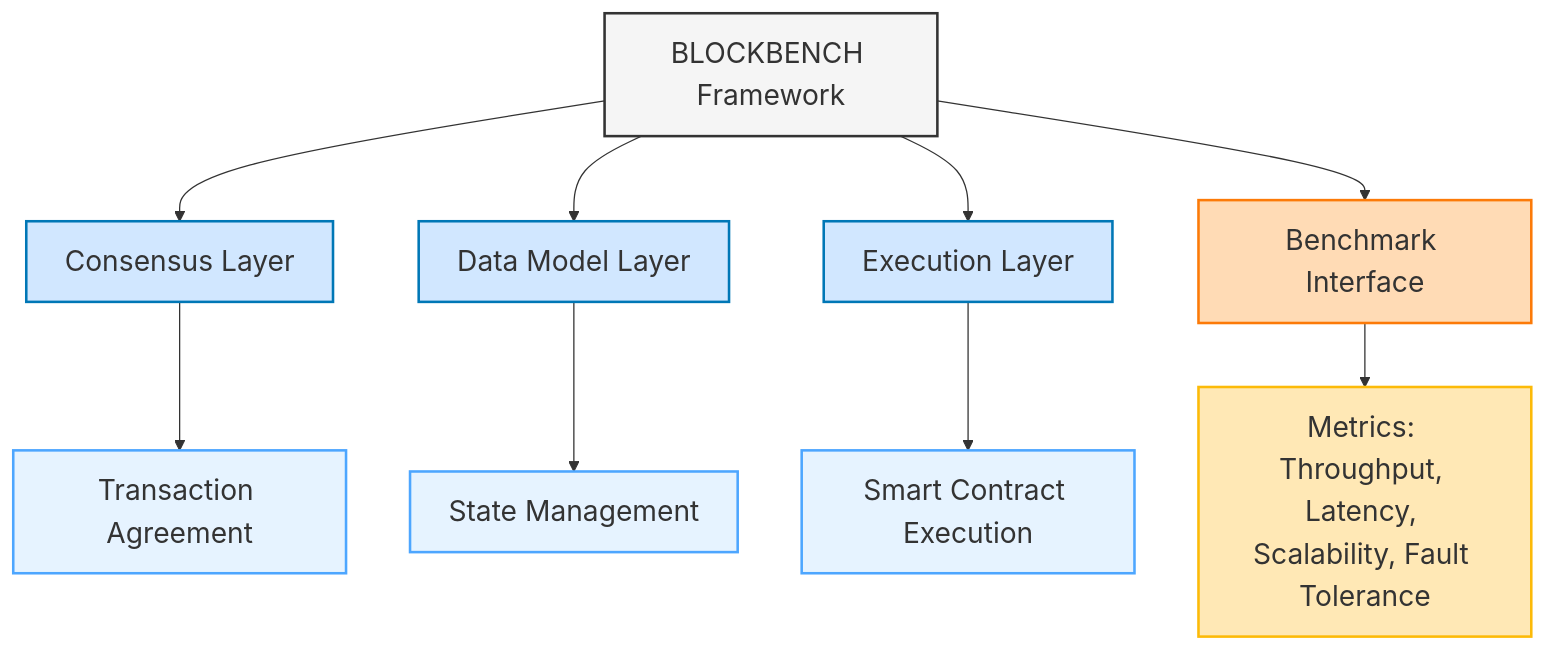
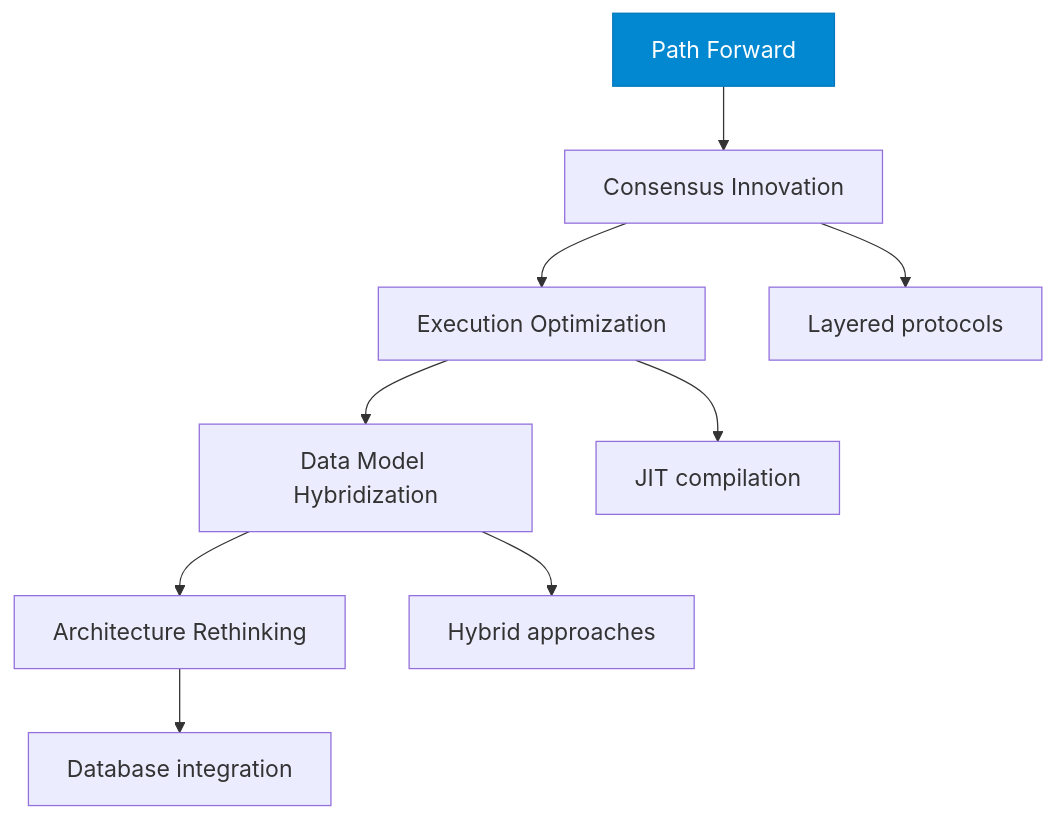
Before and after one commit to ces0491/blockbench-presentation: the fourth of 10 diagrams in blockbench-presentation.qmd, drawn with Mermaid. The commit also changed other lines of this file and 11 other files, not shown here.

````diff
--- a/blockbench-presentation.qmd
+++ b/blockbench-presentation.qmd
@@ -357,24 +458,13 @@
 ```{mermaid}
-%%{init: {'theme': 'default', 'themeVariables': { 'fontSize': '22px', 'primaryColor': '#7C0000', 'primaryBorderColor': '#7C0000', 'primaryTextColor': '#fff', 'secondaryColor': '#006100', 'secondaryBorderColor': '#006100', 'secondaryTextColor': '#fff' }}}%%
+%%{init: {'theme': 'default', 'themeVariables': {'fontSize': '18px'}}}%%
 graph TD
-    classDef mainNode fill:#f5f5f5,stroke:#333,stroke-width:2px;
-    classDef layerNode fill:#d1e7ff,stroke:#0077b6,stroke-width:2px;
-    classDef sublayerNode fill:#e6f3ff,stroke:#4da6ff,stroke-width:2px;
-    classDef interfaceNode fill:#ffdbb5,stroke:#fc7a08,stroke-width:2px;
-    classDef metricsNode fill:#ffe8b5,stroke:#fcba08,stroke-width:2px;
-    
-    A[BLOCKBENCH Framework] --> B[Consensus Layer]
-    A --> C[Data Model Layer]
-    A --> D[Execution Layer]
-    B --> B1[Transaction Agreement]
-    C --> C1[State Management]
-    D --> D1[Smart Contract Execution]
-    A --> E[Benchmark Interface]
-    E --> F[Metrics: Throughput, Latency, Scalability, Fault Tolerance]
-    
-    class A mainNode;
-    class B,C,D layerNode;
-    class B1,C1,D1 sublayerNode;
-    class E interfaceNode;
-    class F metricsNode;
+    A[Path Forward] --> B[Consensus Innovation]
+    B --> C[Execution Optimization]
+    C --> D[Data Model Hybridization]
+    D --> E[Architecture Rethinking]
+    B --> B1[Layered protocols]
+    C --> C1[JIT compilation]
+    D --> D1[Hybrid approaches]
+    E --> E1[Database integration]
+    style A fill:#0288d1,stroke:#0277bd,color:#fff
 ```
````
